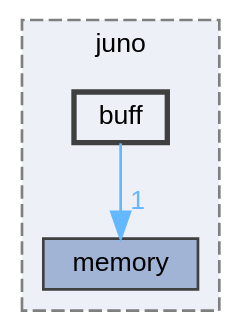
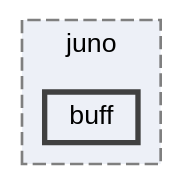
Before and after one commit to robinonsay/libjuno: the diagram in dir_fc6384f358b29864859f2bbee3a4bf64_dep.dot, drawn with Graphviz. The commit also changed 110 other files, not shown here.

```diff
--- a/dir_fc6384f358b29864859f2bbee3a4bf64_dep.dot
+++ b/dir_fc6384f358b29864859f2bbee3a4bf64_dep.dot
@@ -1,14 +1,12 @@
 digraph "/home/runner/work/libjuno/libjuno/include/juno/buff"
 {
  // LATEX_PDF_SIZE
   bgcolor="transparent";
   edge [fontname=Helvetica,fontsize=10,labelfontname=Helvetica,labelfontsize=10];
   node [fontname=Helvetica,fontsize=10,shape=box,height=0.2,width=0.4];
   compound=true
   subgraph clusterdir_366da5caa8e7ec3e54d94764b6f022bc {
     graph [ bgcolor="#edf0f7", pencolor="grey50", label="juno", fontname=Helvetica,fontsize=10 style="filled,dashed", URL="dir_366da5caa8e7ec3e54d94764b6f022bc.html",tooltip=""]
-  dir_0ab7105f8cccca84cc3ec63bc4b5970d [label="memory", fillcolor="#a2b4d6", color="grey25", style="filled", URL="dir_0ab7105f8cccca84cc3ec63bc4b5970d.html",tooltip=""];
   dir_fc6384f358b29864859f2bbee3a4bf64 [label="buff", fillcolor="#edf0f7", color="grey25", style="filled,bold", URL="dir_fc6384f358b29864859f2bbee3a4bf64.html",tooltip=""];
   }
-  dir_fc6384f358b29864859f2bbee3a4bf64->dir_0ab7105f8cccca84cc3ec63bc4b5970d [headlabel="1", labeldistance=1.5 headhref="dir_000001_000011.html" href="dir_000001_000011.html" color="steelblue1" fontcolor="steelblue1"];
 }
```
